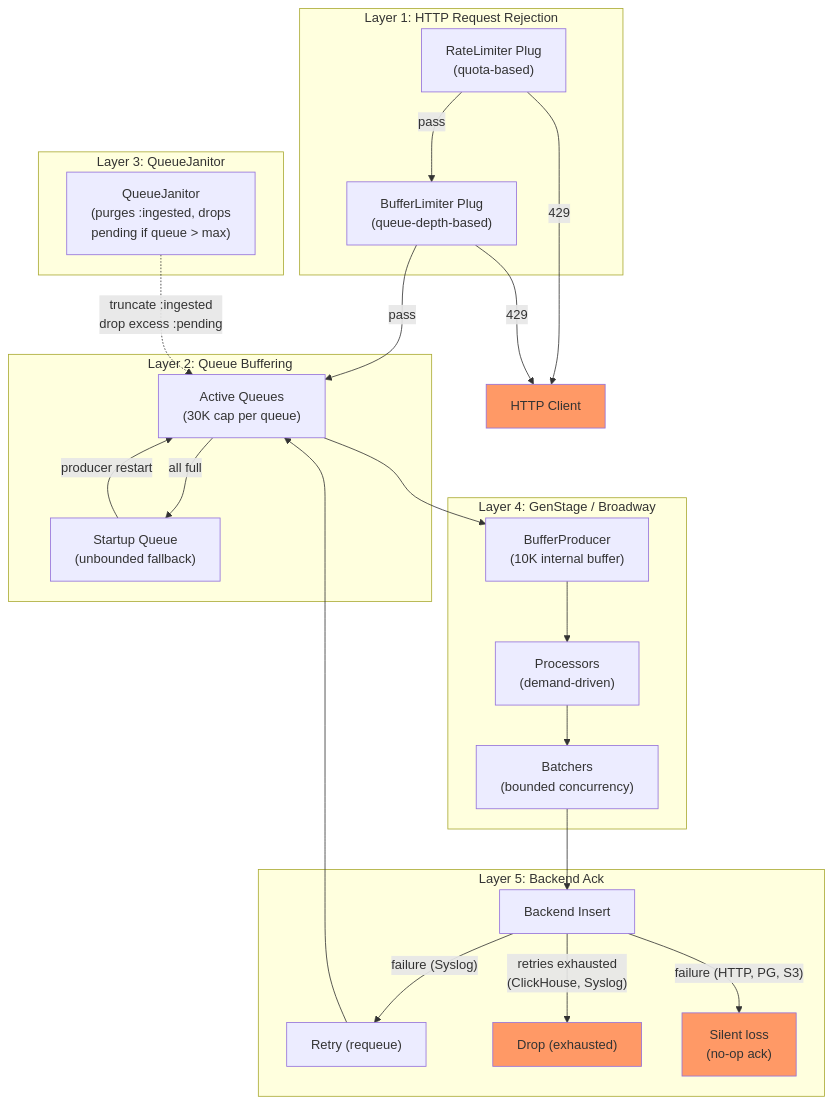
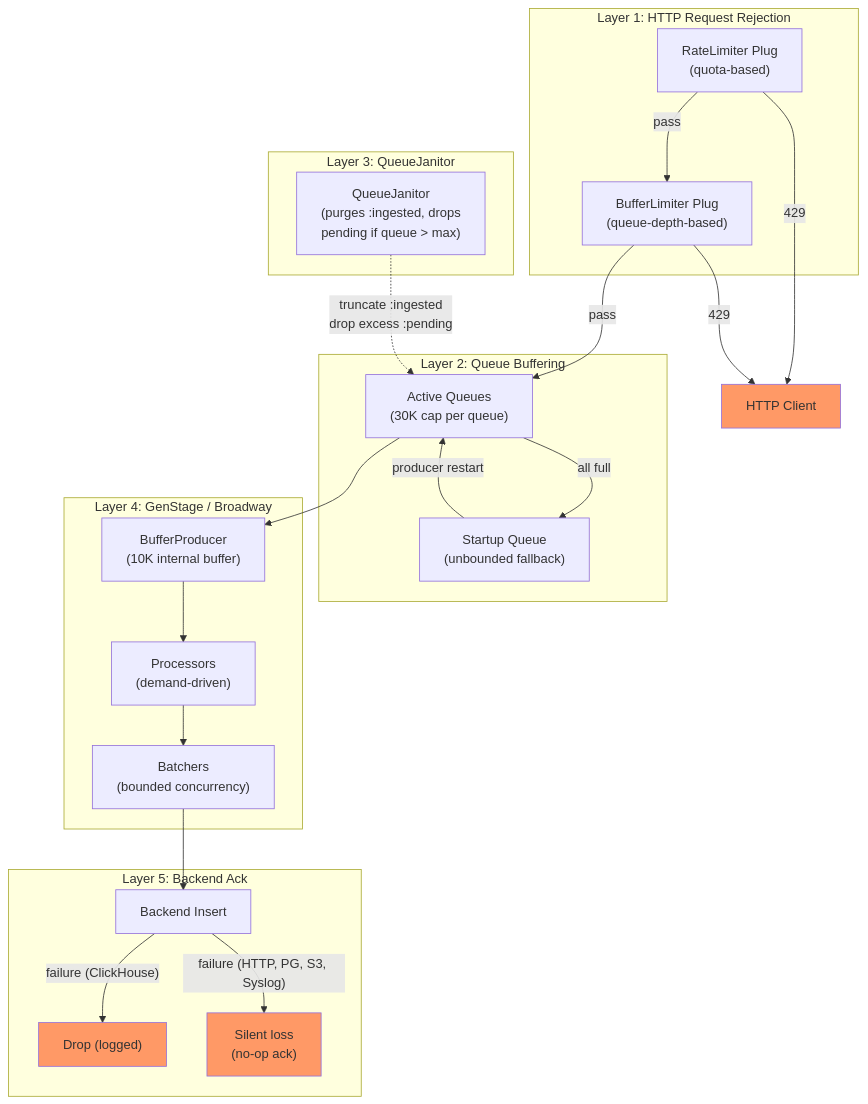
The diagram in docs/pipelines/backpressure.md (djwhitt/logflare), drawn with Mermaid before and after one commit. The commit also changed other lines of this file and 3 other files, not shown here.

````diff
--- a/docs/pipelines/backpressure.md
+++ b/docs/pipelines/backpressure.md
@@ -5,45 +5,43 @@
 ```mermaid
 flowchart TB
     subgraph "Layer 1: HTTP Request Rejection"
         RL["RateLimiter Plug<br/>(quota-based)"]
         BL["BufferLimiter Plug<br/>(queue-depth-based)"]
     end
 
     subgraph "Layer 2: Queue Buffering"
         AQ["Active Queues<br/>(30K cap per queue)"]
         SQ["Startup Queue<br/>(unbounded fallback)"]
     end
 
     subgraph "Layer 3: QueueJanitor"
         QJ["QueueJanitor<br/>(purges :ingested, drops<br/>pending if queue > max)"]
     end
 
     subgraph "Layer 4: GenStage / Broadway"
         BP["BufferProducer<br/>(10K internal buffer)"]
         PR["Processors<br/>(demand-driven)"]
         BA["Batchers<br/>(bounded concurrency)"]
     end
 
     subgraph "Layer 5: Backend Ack"
         BE["Backend Insert"]
-        RETRY["Retry (requeue)"]
-        DROP["Drop (exhausted)"]
+        DROP["Drop (logged)"]
         SILENT["Silent loss<br/>(no-op ack)"]
     end
 
     RL -->|"pass"| BL
     RL -->|"429"| CLIENT["HTTP Client"]
     BL -->|"pass"| AQ
     BL -->|"429"| CLIENT
     AQ -->|"all full"| SQ
     QJ -.->|"truncate :ingested<br/>drop excess :pending"| AQ
     AQ --> BP --> PR --> BA --> BE
     SQ -->|"producer restart"| AQ
-    BE -->|"failure (Syslog)"| RETRY --> AQ
-    BE -->|"retries exhausted<br/>(ClickHouse, Syslog)"| DROP
-    BE -->|"failure (HTTP, PG, S3)"| SILENT
+    BE -->|"failure (ClickHouse)"| DROP
+    BE -->|"failure (HTTP, PG, S3, Syslog)"| SILENT
 
     style CLIENT fill:#f96
     style DROP fill:#f96
     style SILENT fill:#f96
 ```
````
